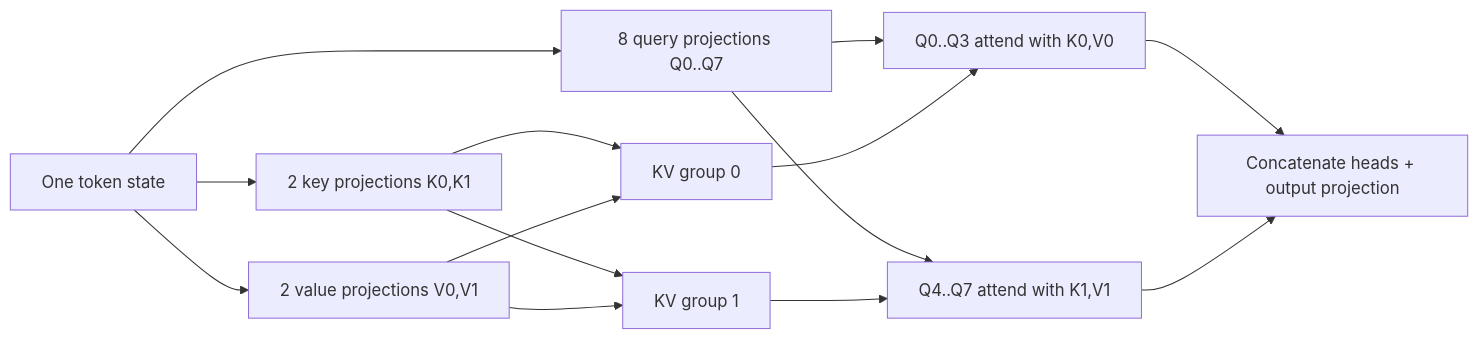
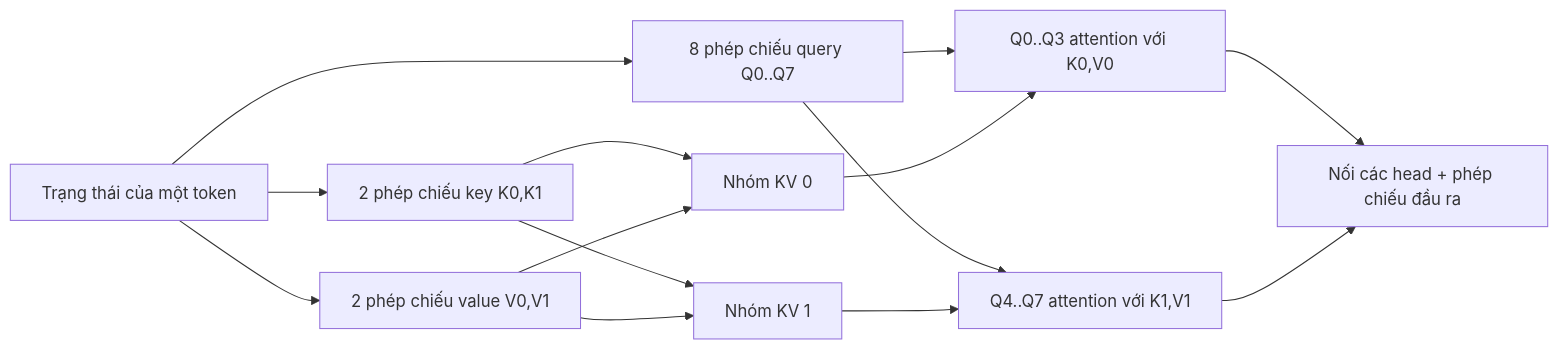
One commit to cycler04/VinRobotics-VLA changed the diagram in docs/research_finding/01-gwen/module_details/LLM_modules/GQA.md. Above: the diagram before and after it, drawn with Mermaid. The commit also changed other lines of this file and 79 other files, not shown here.

````diff
--- a/docs/research_finding/01-gwen/module_details/LLM_modules/GQA.md
+++ b/docs/research_finding/01-gwen/module_details/LLM_modules/GQA.md
@@ -53,16 +57,16 @@
 ```mermaid
 flowchart LR
-    X[One token state] --> Q[8 query projections Q0..Q7]
-    X --> K[2 key projections K0,K1]
-    X --> V[2 value projections V0,V1]
-    K --> G0[KV group 0]
+    X[Trạng thái của một token] --> Q[8 phép chiếu query Q0..Q7]
+    X --> K[2 phép chiếu key K0,K1]
+    X --> V[2 phép chiếu value V0,V1]
+    K --> G0[Nhóm KV 0]
     V --> G0
-    K --> G1[KV group 1]
+    K --> G1[Nhóm KV 1]
     V --> G1
-    Q --> A0[Q0..Q3 attend with K0,V0]
-    Q --> A1[Q4..Q7 attend with K1,V1]
+    Q --> A0[Q0..Q3 attention với K0,V0]
+    Q --> A1[Q4..Q7 attention với K1,V1]
     G0 --> A0
     G1 --> A1
-    A0 --> O[Concatenate heads + output projection]
+    A0 --> O[Nối các head + phép chiếu đầu ra]
     A1 --> O
 ```
````
